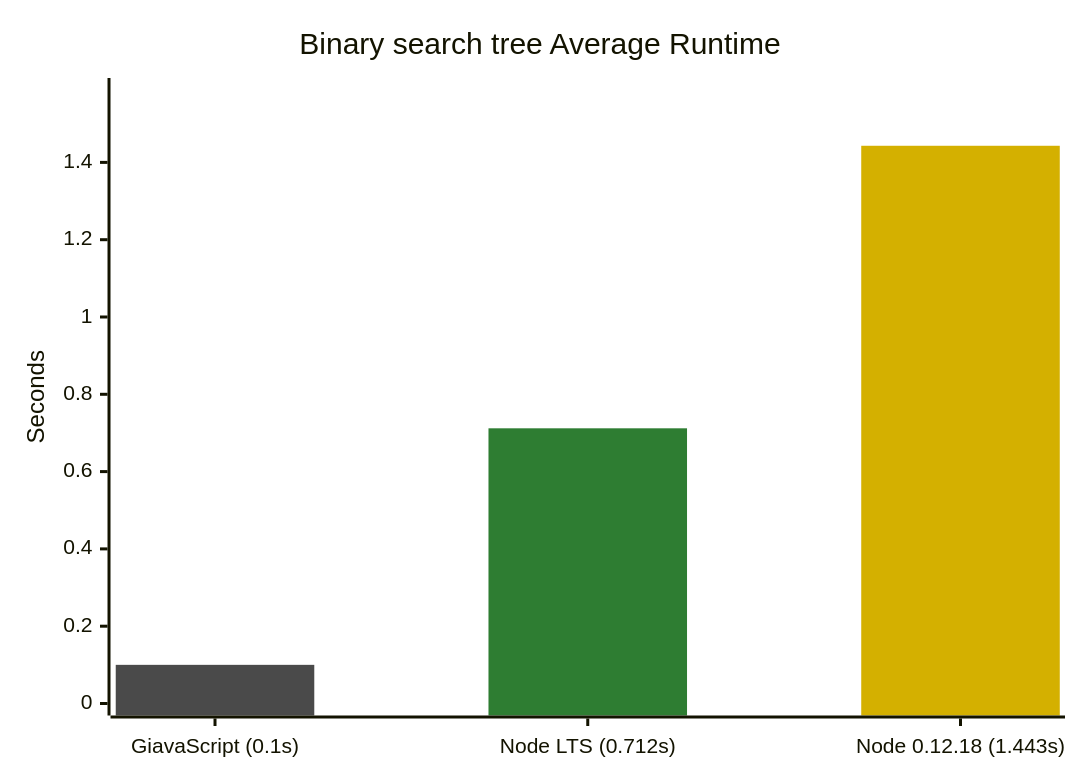
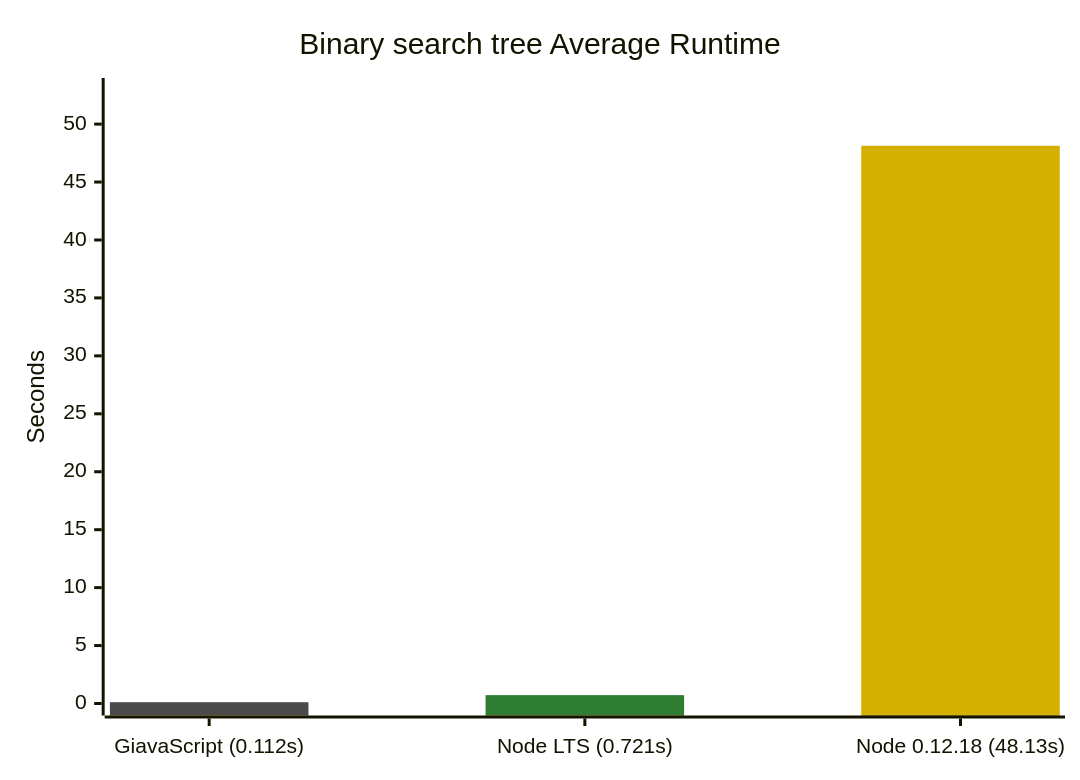
Before and after one commit to GiavaScript/GiavaScript: the third of 5 diagrams in README.md, drawn with Mermaid. The commit also changed other lines of this file and 2 other files, not shown here.

````diff
--- a/README.md
+++ b/README.md
@@ -103,10 +103,10 @@
 ```mermaid
 %%{init: {"themeVariables": {"xyChart": {"plotColorPalette": "#4a4a4a, #2e7d32, #d4b000"}}}}%%
 xychart-beta
     title "Binary search tree Average Runtime"
-    x-axis ["GiavaScript (0.1s)", "Node LTS (0.712s)", "Node 0.12.18 (1.443s)"]
-    y-axis "Seconds" 0 --> 1.5873
-    bar [0.1, -1, -1]
-    bar [-1, 0.712, -1]
-    bar [-1, -1, 1.443]
+    x-axis ["GiavaScript (0.112s)", "Node LTS (0.721s)", "Node 0.12.18 (48.13s)"]
+    y-axis "Seconds" 0 --> 52.943
+    bar [0.112, -1, -1]
+    bar [-1, 0.721, -1]
+    bar [-1, -1, 48.13]
 ```
````
